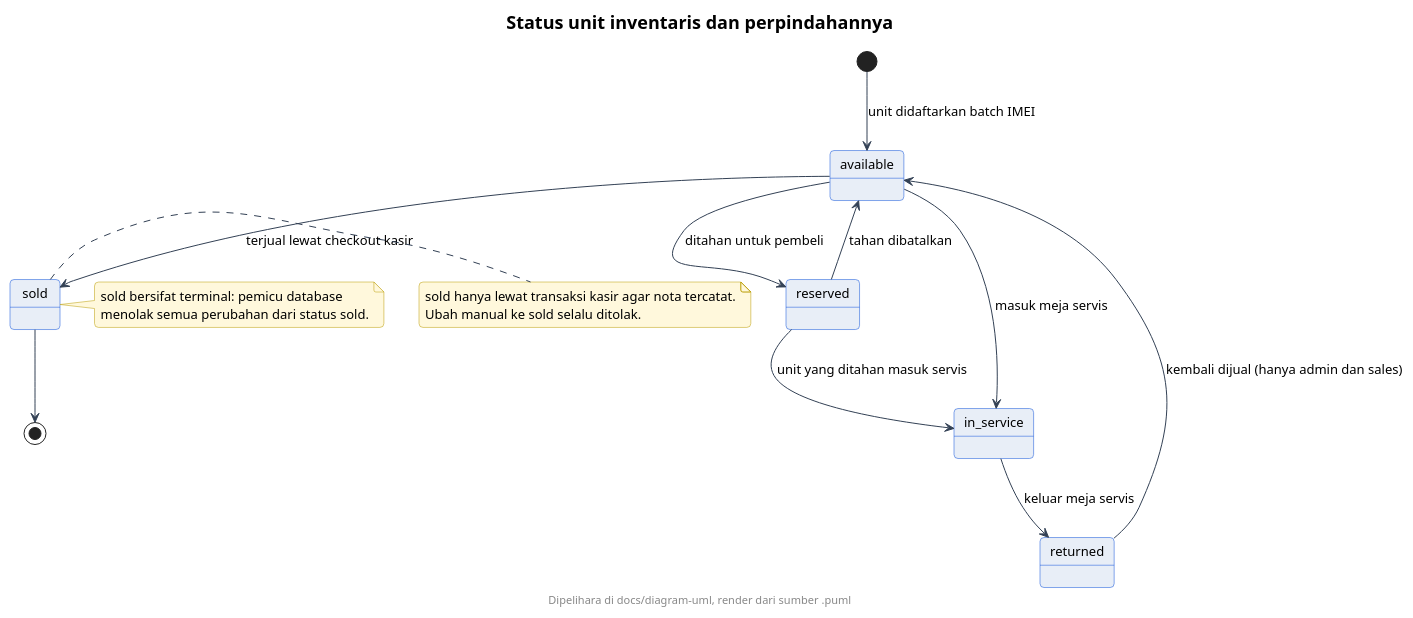
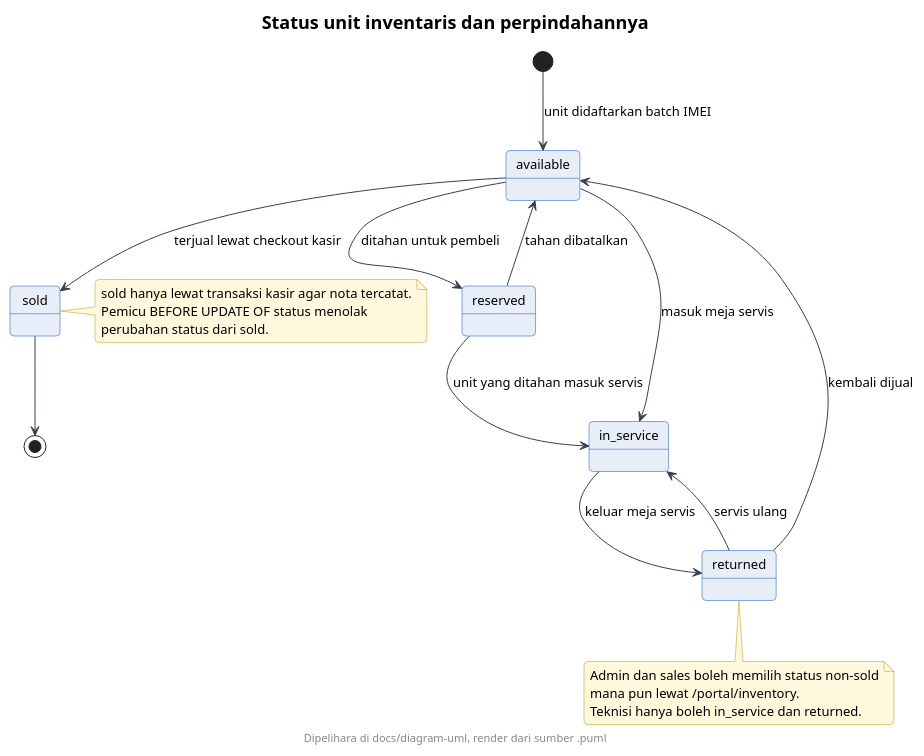
The diagram in docs/diagram-uml/bersama/state-status-unit.puml (neiaki/KP), drawn with PlantUML before and after one commit. The commit also changed 39 other files, not shown here.

First line of the commit message:
docs: audit dokumen 27 Oktober dan sinkronkan status

```diff
--- a/docs/diagram-uml/bersama/state-status-unit.puml
+++ b/docs/diagram-uml/bersama/state-status-unit.puml
@@ -1,62 +1,72 @@
 @startuml
 ' --- gaya At Cell (inline, mandiri utk server publik) ---
 skinparam backgroundColor #FFFFFF
 skinparam shadowing false
 skinparam roundcorner 8
 skinparam defaultFontName sans-serif
 skinparam defaultFontSize 13
 skinparam titleFontSize 18
 skinparam titleFontStyle bold
 skinparam headerFontSize 11
 skinparam footerFontSize 11
 skinparam noteBackgroundColor #FFF8DC
 skinparam noteBorderColor #B89B00
 skinparam actorBackgroundColor #E8EEF7
 skinparam actorBorderColor #0B4ED8
 skinparam participantBackgroundColor #E8EEF7
 skinparam participantBorderColor #0B4ED8
 skinparam usecaseBackgroundColor #E8EEF7
 skinparam usecaseBorderColor #0B4ED8
 skinparam classBackgroundColor #E8EEF7
 skinparam classBorderColor #0B4ED8
 skinparam objectBackgroundColor #EEF3FA
 skinparam objectBorderColor #0B4ED8
 skinparam activityBackgroundColor #E8EEF7
 skinparam activityBorderColor #0B4ED8
 skinparam activityDiamondBackgroundColor #FFFFFF
 skinparam activityDiamondBorderColor #0B4ED8
 skinparam stateBackgroundColor #E8EEF7
 skinparam stateBorderColor #0B4ED8
 skinparam stateStartColor #0B4ED8
 skinparam stateEndColor #0B4ED8
 skinparam componentBackgroundColor #E8EEF7
 skinparam componentBorderColor #0B4ED8
 skinparam cloudBackgroundColor #F2F5FA
 skinparam cloudBorderColor #5B6B82
 skinparam databaseBackgroundColor #E8EEF7
 skinparam databaseBorderColor #0B4ED8
 skinparam entityBackgroundColor #E8EEF7
 skinparam entityBorderColor #0B4ED8
 skinparam sequenceArrowColor #334155
 skinparam sequenceLifeLineBorderColor #0B4ED8
 skinparam sequenceParticipantBorderColor #0B4ED8
 footer Dipelihara di docs/diagram-uml, render dari sumber .puml
 title Status unit inventaris dan perpindahannya
+state "available" as available
+state "reserved" as reserved
+state "in_service" as in_service
+state "returned" as returned
+state "sold" as sold
+
 [*] --> available : unit didaftarkan batch IMEI
 available --> reserved : ditahan untuk pembeli
 reserved --> available : tahan dibatalkan
-available --> sold : terjual lewat checkout kasir
-note right of sold
-  sold hanya lewat transaksi kasir agar nota tercatat.
-  Ubah manual ke sold selalu ditolak.
-end note
 available --> in_service : masuk meja servis
 reserved --> in_service : unit yang ditahan masuk servis
 in_service --> returned : keluar meja servis
-returned --> available : kembali dijual (hanya admin dan sales)
+returned --> available : kembali dijual
+returned --> in_service : servis ulang
+available --> sold : terjual lewat checkout kasir
 sold --> [*]
+
 note right of sold
-  sold bersifat terminal: pemicu database
-  menolak semua perubahan dari status sold.
+  sold hanya lewat transaksi kasir agar nota tercatat.
+  Pemicu BEFORE UPDATE OF status menolak
+  perubahan status dari sold.
+end note
+note bottom of returned
+  Admin dan sales boleh memilih status non-sold
+  mana pun lewat /portal/inventory.
+  Teknisi hanya boleh in_service dan returned.
 end note
 @enduml
```
